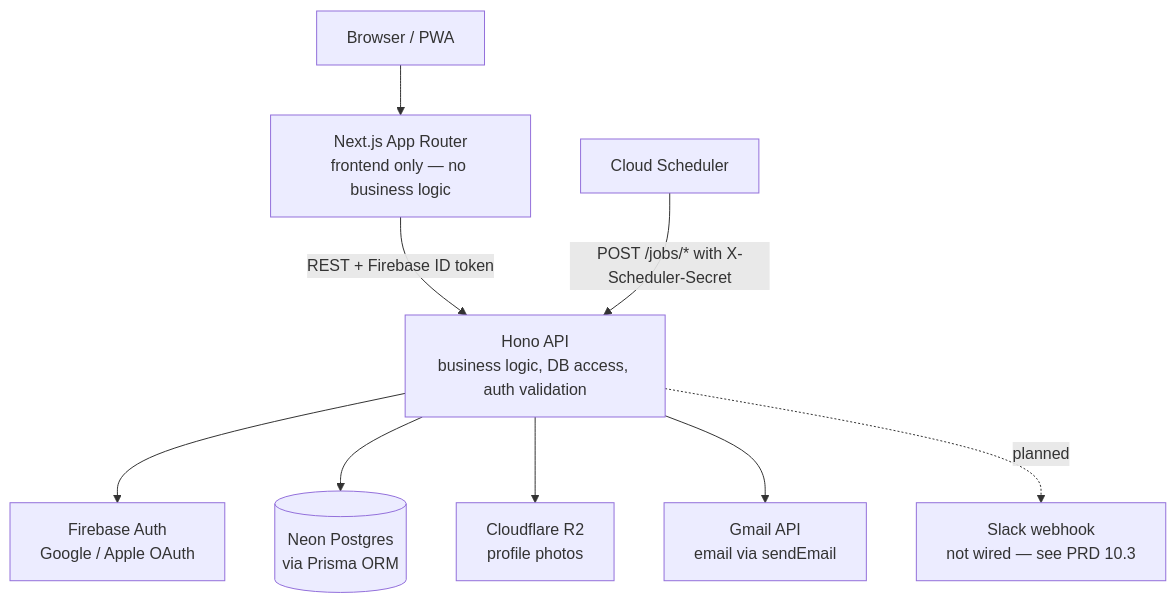
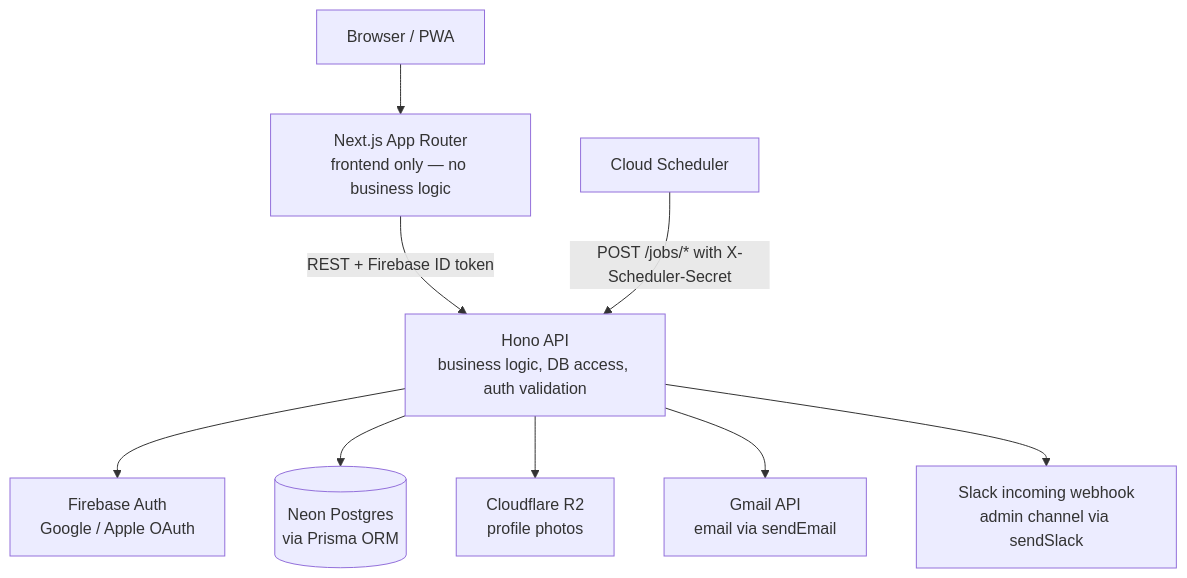
Before and after one commit to Lynns0416/buddy-app-copy: the first of 6 diagrams in docs/architecture.md, drawn with Mermaid. The commit also changed other lines of this file and 25 other files, not shown here.

First line of the commit message:
Feat/slack admin notifications (#109)

````diff
--- a/docs/architecture.md
+++ b/docs/architecture.md
@@ -5,22 +5,22 @@
 ```mermaid
 flowchart TD
     Browser["Browser / PWA"]
     Web["Next.js App Router<br/>frontend only — no business logic"]
     API["Hono API<br/>business logic, DB access, auth validation"]
     Sched["Cloud Scheduler"]
 
     Auth["Firebase Auth<br/>Google / Apple OAuth"]
     DB[("Neon Postgres<br/>via Prisma ORM")]
     R2["Cloudflare R2<br/>profile photos"]
     Gmail["Gmail API<br/>email via sendEmail"]
-    Slack["Slack webhook<br/>not wired — see PRD 10.3"]
+    Slack["Slack incoming webhook<br/>admin channel via sendSlack"]
 
     Browser --> Web
     Web -->|"REST + Firebase ID token"| API
     Sched -->|"POST /jobs/* with X-Scheduler-Secret"| API
     API --> Auth
     API --> DB
     API --> R2
     API --> Gmail
-    API -.->|planned| Slack
+    API --> Slack
 ```
````
